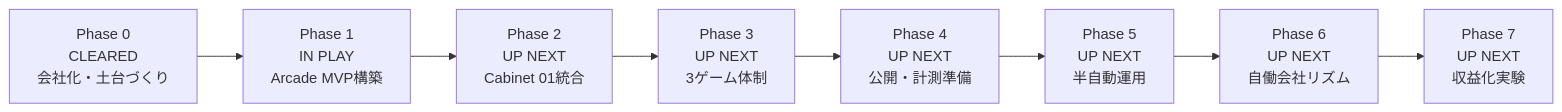
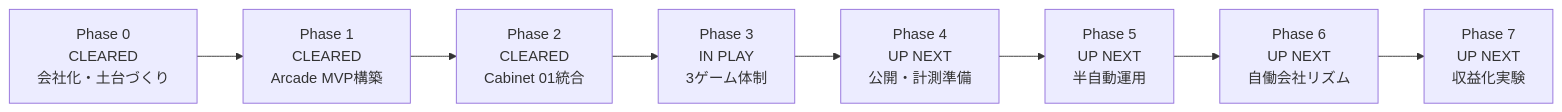
Before and after one commit to virtue-creates/codex-arcade: the diagram in docs/roadmap.md, drawn with Mermaid. The commit also changed other lines of this file and 4 other files, not shown here.

````diff
--- a/docs/roadmap.md
+++ b/docs/roadmap.md
@@ -31,13 +31,13 @@
 ```mermaid
 flowchart LR
   P0["Phase 0<br/>CLEARED<br/>会社化・土台づくり"]
-  P1["Phase 1<br/>IN PLAY<br/>Arcade MVP構築"]
-  P2["Phase 2<br/>UP NEXT<br/>Cabinet 01統合"]
-  P3["Phase 3<br/>UP NEXT<br/>3ゲーム体制"]
+  P1["Phase 1<br/>CLEARED<br/>Arcade MVP構築"]
+  P2["Phase 2<br/>CLEARED<br/>Cabinet 01統合"]
+  P3["Phase 3<br/>IN PLAY<br/>3ゲーム体制"]
   P4["Phase 4<br/>UP NEXT<br/>公開・計測準備"]
   P5["Phase 5<br/>UP NEXT<br/>半自動運用"]
   P6["Phase 6<br/>UP NEXT<br/>自働会社リズム"]
   P7["Phase 7<br/>UP NEXT<br/>収益化実験"]
 
   P0 --> P1 --> P2 --> P3 --> P4 --> P5 --> P6 --> P7
 ```
````
